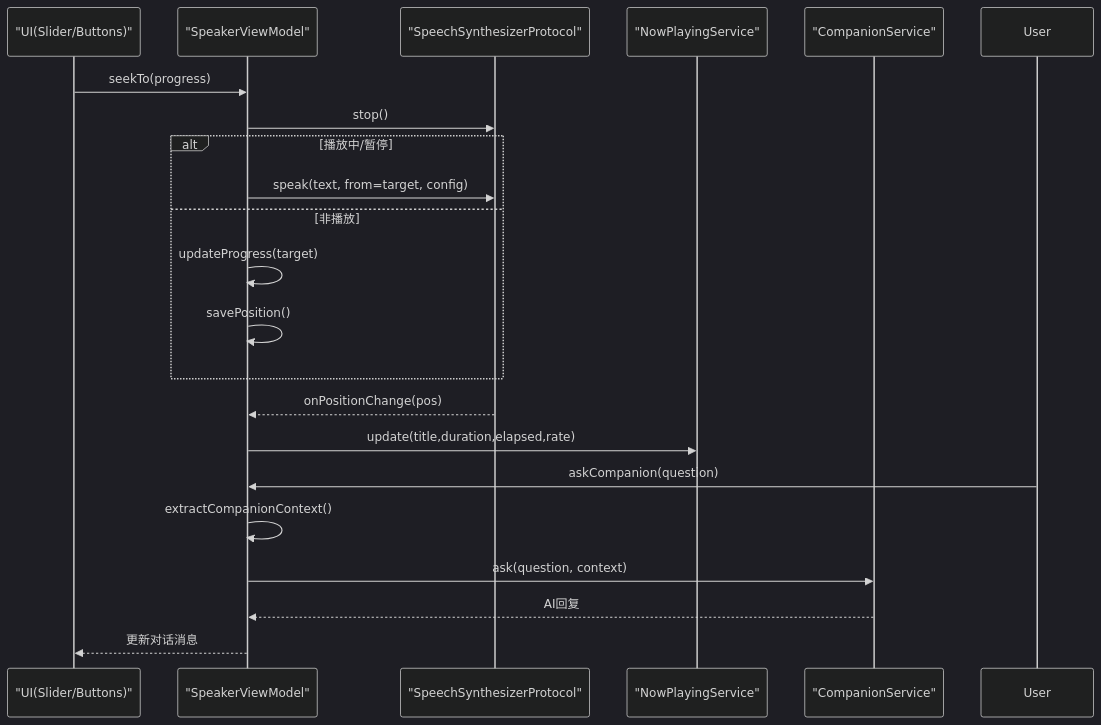
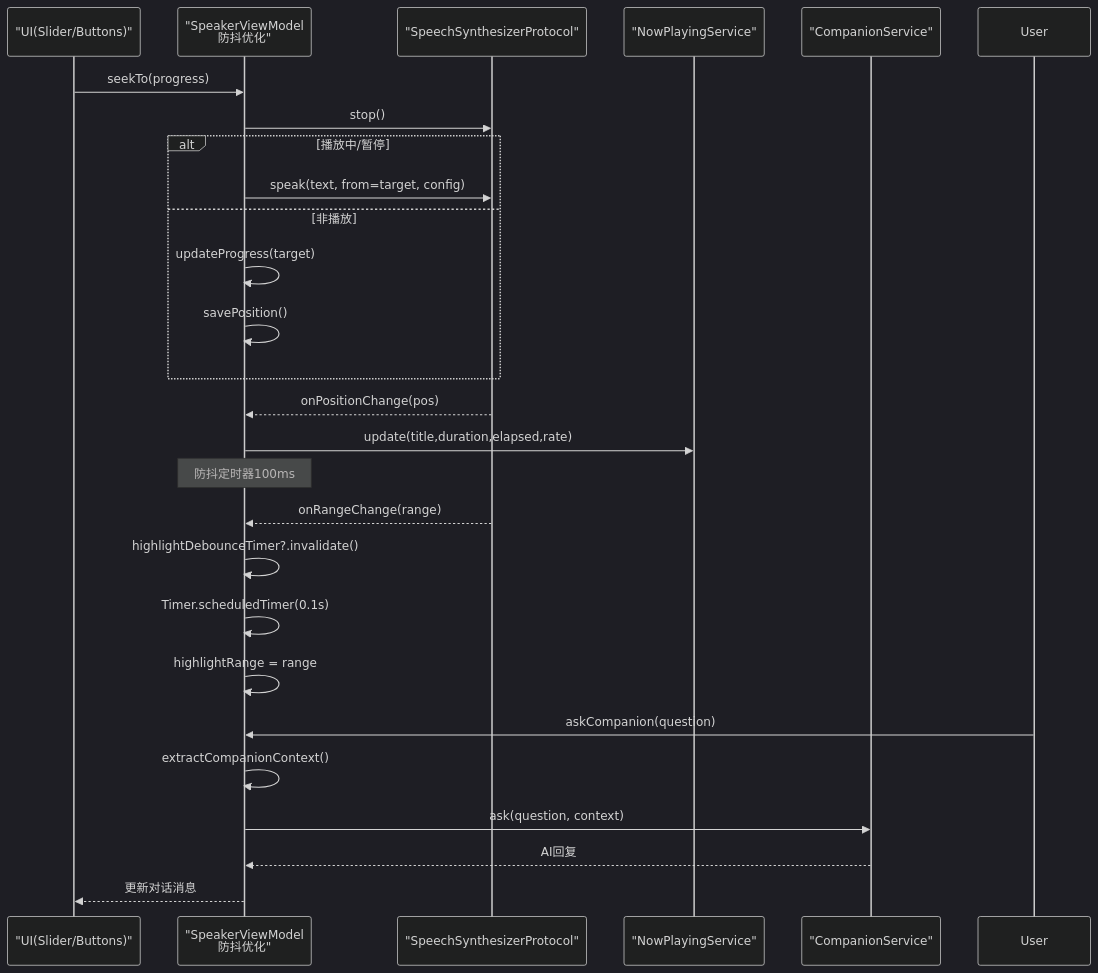
The sixth of 9 diagrams in .qoder/repowiki/zh/content/用户界面设计/播放器界面.md (Primoguo/Knowledge), drawn with Mermaid (dark theme) before and after one commit. The commit also changed other lines of this file and 52 other files, not shown here.

````diff
--- a/.qoder/repowiki/zh/content/用户界面设计/播放器界面.md
+++ b/.qoder/repowiki/zh/content/用户界面设计/播放器界面.md
@@ -307,23 +324,28 @@
 ```mermaid
 sequenceDiagram
 participant UI as "UI(Slider/Buttons)"
-participant VM as "SpeakerViewModel"
+participant VM as "SpeakerViewModel<br/>防抖优化"
 participant ST as "SpeechSynthesizerProtocol"
 participant NP as "NowPlayingService"
 participant CS as "CompanionService"
 UI->>VM : seekTo(progress)
 VM->>ST : stop()
 alt 播放中/暂停
 VM->>ST : speak(text, from=target, config)
 else 非播放
 VM->>VM : updateProgress(target)
 VM->>VM : savePosition()
 end
 ST-->>VM : onPositionChange(pos)
 VM->>NP : update(title,duration,elapsed,rate)
+Note over VM : 防抖定时器100ms
+ST-->>VM : onRangeChange(range)
+VM->>VM : highlightDebounceTimer?.invalidate()
+VM->>VM : Timer.scheduledTimer(0.1s)
+VM->>VM : highlightRange = range
 User->>VM : askCompanion(question)
 VM->>VM : extractCompanionContext()
 VM->>CS : ask(question, context)
 CS-->>VM : AI回复
 VM-->>UI : 更新对话消息
 ```
````
